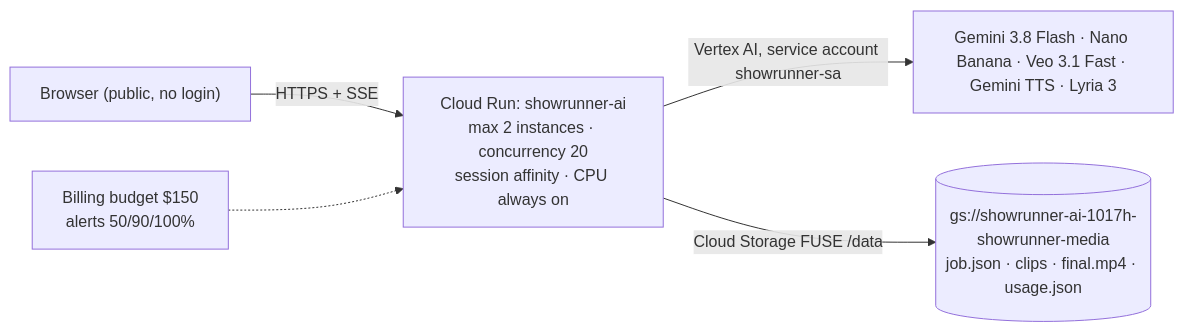
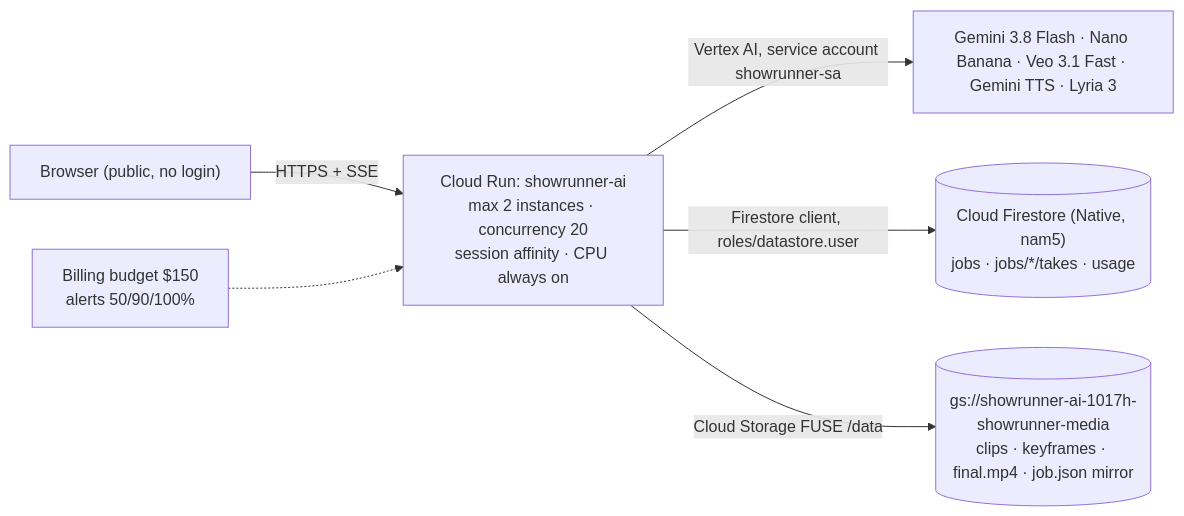
The fourth of 4 diagrams in README.md (iamhamzanadeem/showrunner-ai), drawn with Mermaid before and after one commit. The commit also changed other lines of this file and 12 other files, not shown here.

Commit message:
Cloud Firestore job store: jobs/{id} + takes subcollection + usage transactions (SR_JOB_STORE=firestore on Cloud Run), backfill script, deploy grants roles/datastore.user, README

````diff
--- a/README.md
+++ b/README.md
@@ -233,7 +242,8 @@
 ```mermaid
 flowchart LR
     Judge["Browser (public, no login)"] -->|HTTPS + SSE| CR["Cloud Run: showrunner-ai\nmax 2 instances · concurrency 20\nsession affinity · CPU always on"]
     CR -->|Vertex AI, service account showrunner-sa| Models["Gemini 3.8 Flash · Nano Banana · Veo 3.1 Fast · Gemini TTS · Lyria 3"]
-    CR -->|Cloud Storage FUSE /data| GCS[("gs://showrunner-ai-1017h-showrunner-media\njob.json · clips · final.mp4 · usage.json")]
+    CR -->|Firestore client, roles/datastore.user| FS[("Cloud Firestore (Native, nam5)\njobs · jobs/*/takes · usage")]
+    CR -->|Cloud Storage FUSE /data| GCS[("gs://showrunner-ai-1017h-showrunner-media\nclips · keyframes · final.mp4 · job.json mirror")]
     Budget["Billing budget $150\nalerts 50/90/100%"] -.-> CR
 ```
````
